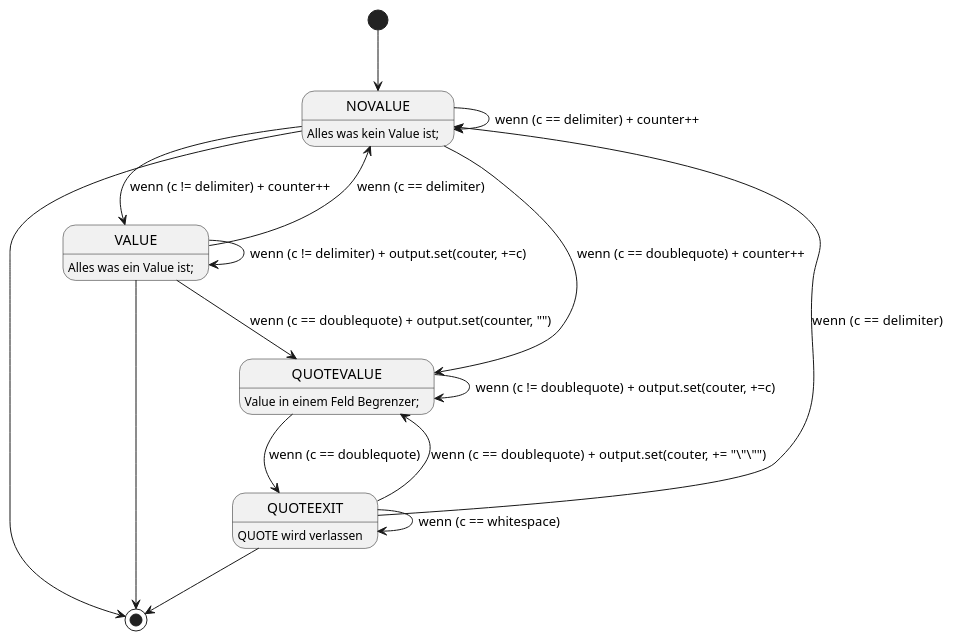
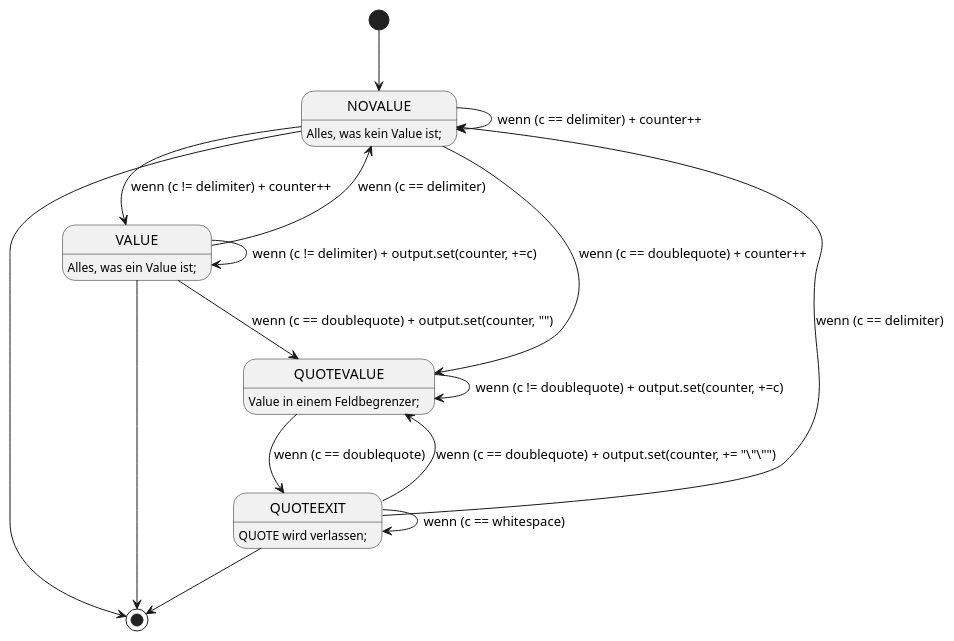
The diagram in UE03/src/csv/statelessMachineCSV.puml (elpablo2120/2324_4cn_0157_sew4_sem1j), drawn with PlantUML before and after one commit. The commit also changed 3 other files, not shown here.

```diff
--- a/UE03/src/csv/statelessMachineCSV.puml
+++ b/UE03/src/csv/statelessMachineCSV.puml
@@ -1,31 +1,28 @@
 @startuml
 
 [*] --> NOVALUE
 
-NOVALUE: Alles was kein Value ist;
-VALUE: Alles was ein Value ist;
-QUOTEVALUE: Value in einem Feld Begrenzer;
-QUOTEEXIT: QUOTE wird verlassen
+NOVALUE: Alles, was kein Value ist;
+VALUE: Alles, was ein Value ist;
+QUOTEVALUE: Value in einem Feldbegrenzer;
+QUOTEEXIT: QUOTE wird verlassen;
 
-
-
-VALUE --> VALUE: wenn (c != delimiter) + output.set(couter, +=c)
+VALUE --> VALUE: wenn (c != delimiter) + output.set(counter, +=c)
 VALUE --> NOVALUE: wenn (c == delimiter)
 NOVALUE --> VALUE: wenn (c != delimiter) + counter++
 NOVALUE --> NOVALUE: wenn (c == delimiter) + counter++
 
 VALUE --> QUOTEVALUE: wenn (c == doublequote) + output.set(counter, "")
 
 NOVALUE --> QUOTEVALUE: wenn (c == doublequote) + counter++
-QUOTEVALUE --> QUOTEVALUE: wenn (c != doublequote) + output.set(couter, +=c)
+QUOTEVALUE --> QUOTEVALUE: wenn (c != doublequote) + output.set(counter, +=c)
 QUOTEVALUE --> QUOTEEXIT: wenn (c == doublequote)
-QUOTEEXIT --> QUOTEVALUE: wenn (c == doublequote) +  output.set(couter, += "\"\"")
-QUOTEEXIT --> NOVALUE: wenn  (c == delimiter)
+QUOTEEXIT --> QUOTEVALUE: wenn (c == doublequote) + output.set(counter, += "\"\"")
+QUOTEEXIT --> NOVALUE: wenn (c == delimiter)
 QUOTEEXIT --> QUOTEEXIT: wenn (c == whitespace)
 
 VALUE --> [*]
 QUOTEEXIT --> [*]
 NOVALUE --> [*]
 
-
 @enduml
```
